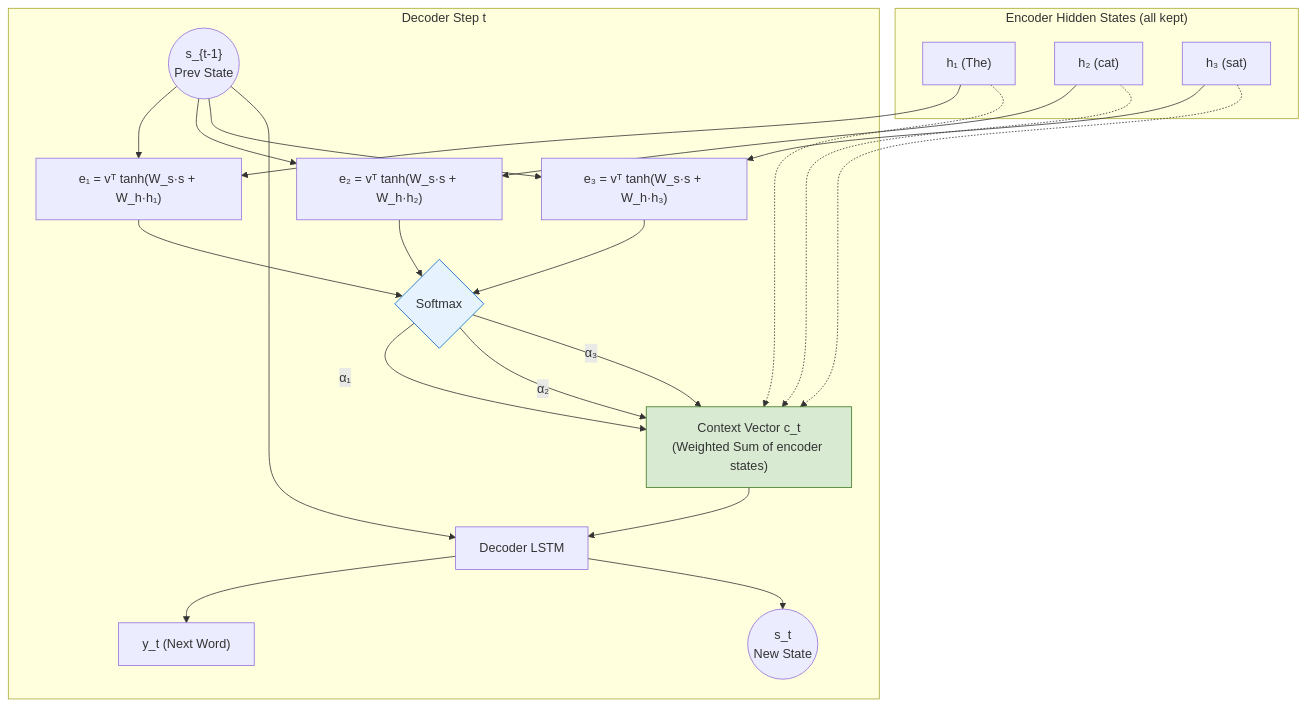
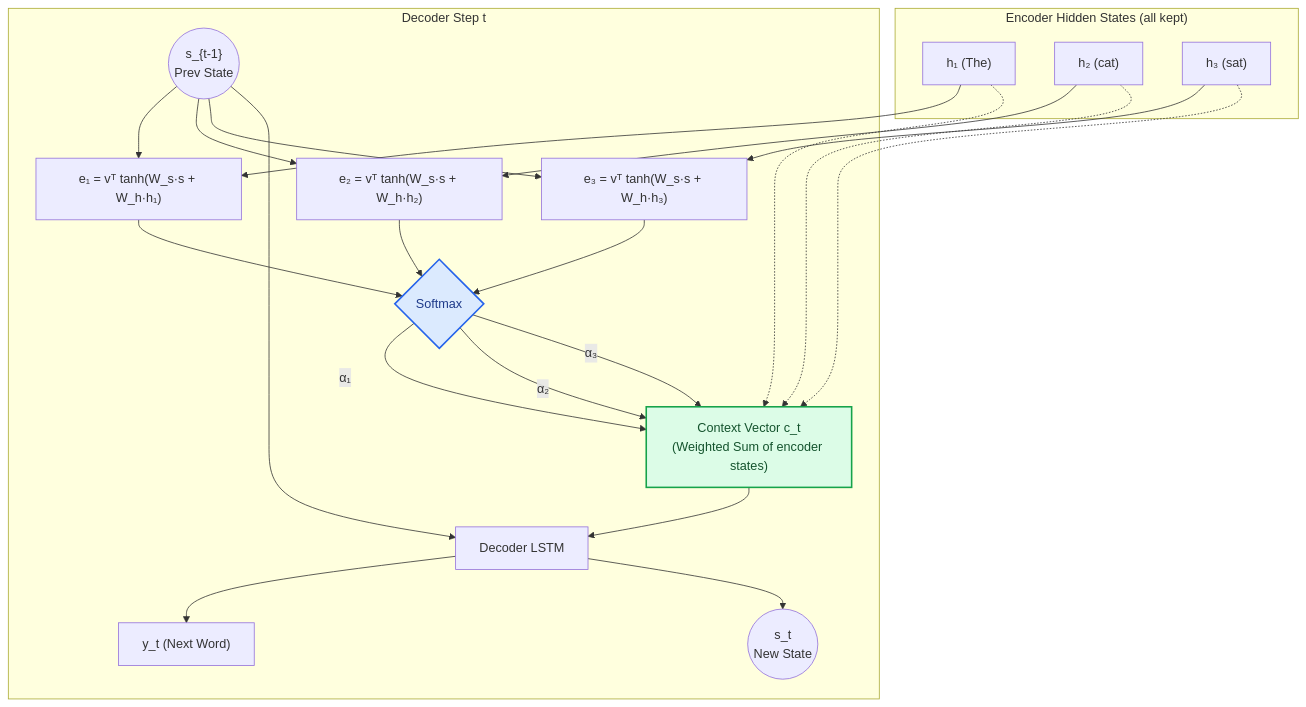
One commit to vushesh-008/Building_LLM_from_scratch changed the sixth of 6 diagrams in transformers_basics/00_Foundations_and_Pre_Transformers/00a_RNN_Era_and_Attention.md. Above: the diagram before and after it, drawn with Mermaid. The commit also changed other lines of this file, not shown here.

Commit message:
docs: clarify RNN parameter sharing, BPTT accumulation, and dark mode diagram contrast in 00a

````diff
--- a/transformers_basics/00_Foundations_and_Pre_Transformers/00a_RNN_Era_and_Attention.md
+++ b/transformers_basics/00_Foundations_and_Pre_Transformers/00a_RNN_Era_and_Attention.md
@@ -401,42 +413,42 @@
 ```mermaid
 flowchart TD
     subgraph "Encoder Hidden States (all kept)"
         h1["h₁ (The)"] 
         h2["h₂ (cat)"] 
         h3["h₃ (sat)"] 
     end
     
     subgraph "Decoder Step t"
         s_prev(("s_{t-1}\nPrev State"))
         
         score1["e₁ = vᵀ tanh(W_s·s + W_h·h₁)"]
         score2["e₂ = vᵀ tanh(W_s·s + W_h·h₂)"]
         score3["e₃ = vᵀ tanh(W_s·s + W_h·h₃)"]
         
         s_prev --> score1 & score2 & score3
         h1 --> score1
         h2 --> score2
         h3 --> score3
         
         soft{"Softmax"}
         score1 & score2 & score3 --> soft
         
         c["Context Vector c_t\n(Weighted Sum of encoder states)"]
         soft --"α₁"--> c
         soft --"α₂"--> c
         soft --"α₃"--> c
         
         h1 -.-> c
         h2 -.-> c
         h3 -.-> c
         
         RNN_D["Decoder LSTM"]
         c --> RNN_D
         s_prev --> RNN_D
         RNN_D --> y_t["y_t (Next Word)"]
         RNN_D --> s_next(("s_t\nNew State"))
     end
     
-    style soft fill:#e6f3ff,stroke:#0066cc
-    style c fill:#d9ead3,stroke:#38761d
+    style soft fill:#dbeafe,stroke:#2563eb,stroke-width:2px,color:#1e3a8a
+    style c fill:#dcfce7,stroke:#16a34a,stroke-width:2px,color:#14532d
 ```
````
